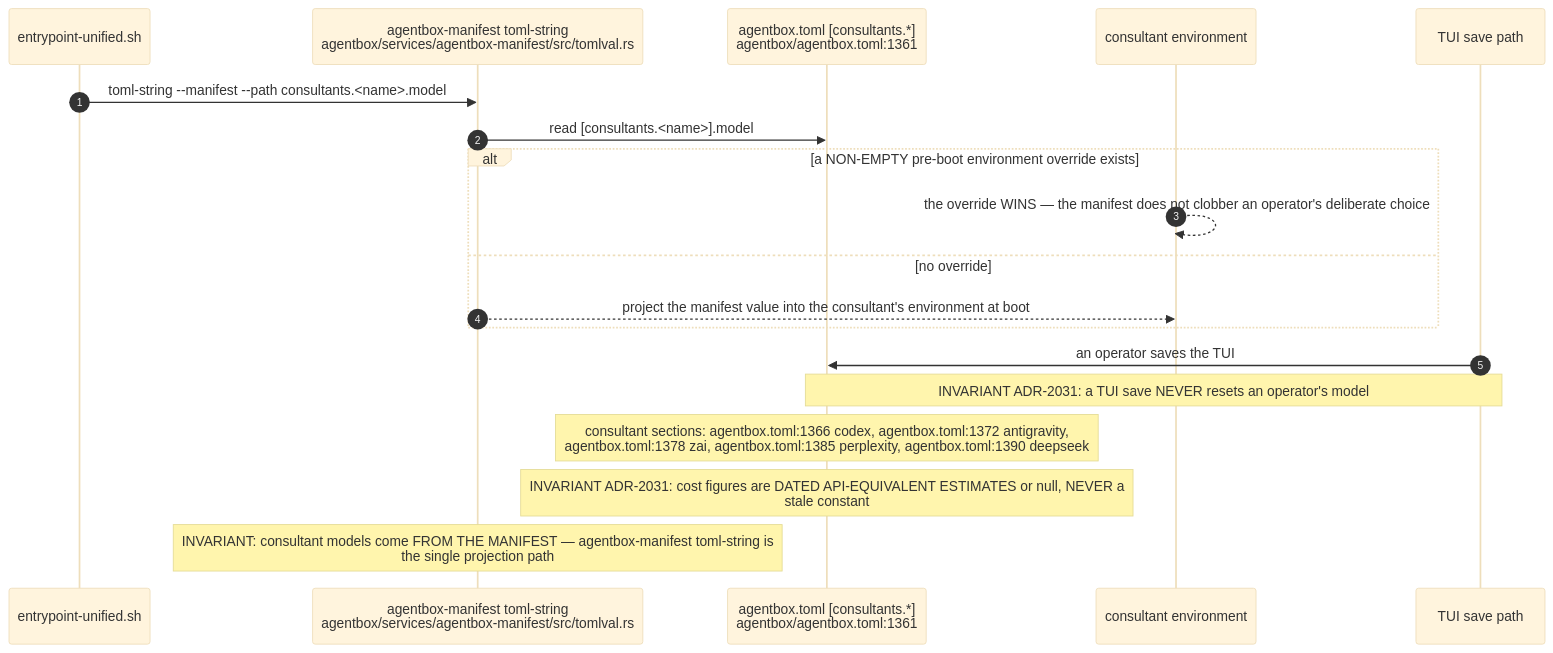
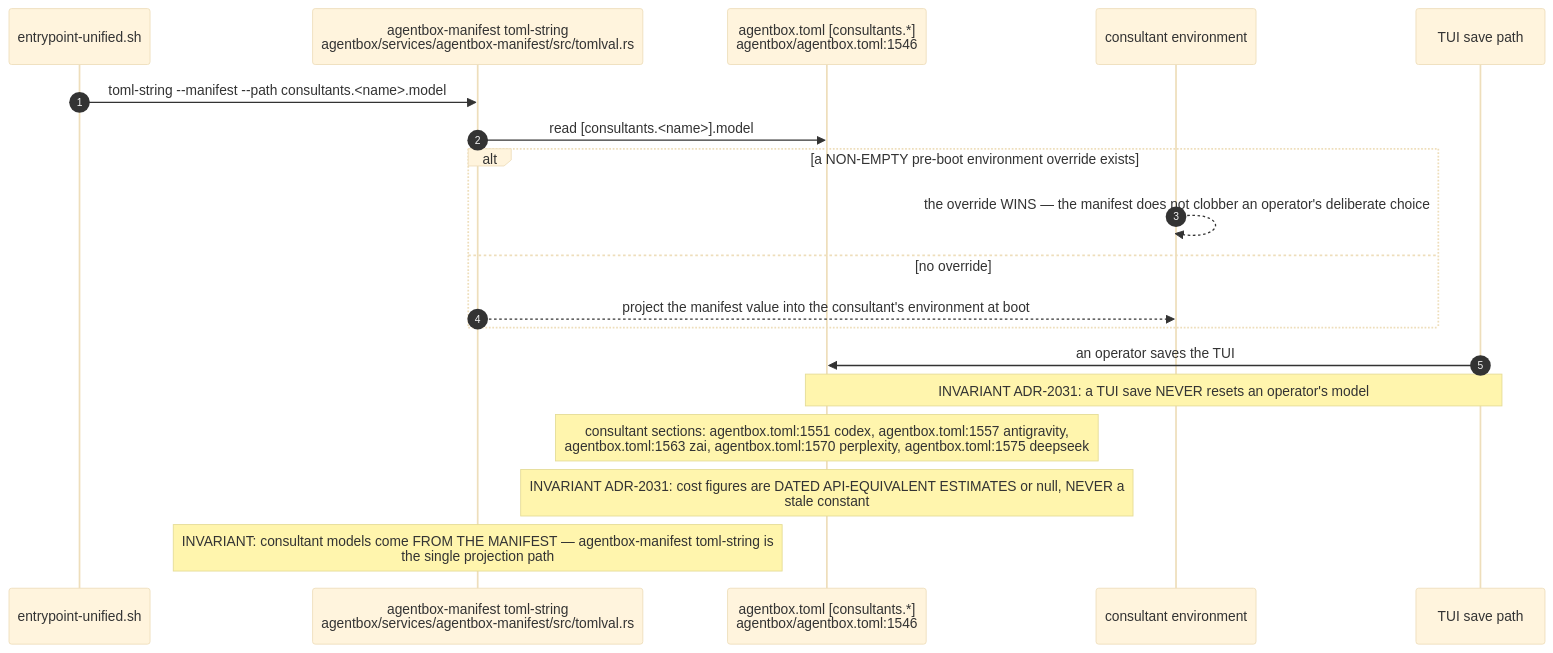
Before and after one commit to DreamLab-AI/VisionFlow: the third of 10 diagrams in docs/diagrams/agentbox/28-agentbox-services-and-manifest-binary.md, drawn with Mermaid (base theme). The commit also changed other lines of this file and 80 other files, not shown here.

First line of the commit message:
docs(diagrams): re-verify the agentbox, dreamlab, estate and visionflow corpus against current sources

````diff
--- a/docs/diagrams/agentbox/28-agentbox-services-and-manifest-binary.md
+++ b/docs/diagrams/agentbox/28-agentbox-services-and-manifest-binary.md
@@ -172,22 +180,22 @@
 ```mermaid
 sequenceDiagram
     autonumber
     participant EP as entrypoint-unified.sh
     participant BIN as agentbox-manifest toml-string<br/>agentbox/services/agentbox-manifest/src/tomlval.rs
-    participant TOML as agentbox.toml [consultants.*]<br/>agentbox/agentbox.toml:1361
+    participant TOML as agentbox.toml [consultants.*]<br/>agentbox/agentbox.toml:1546
     participant ENV as consultant environment
     participant TUI as TUI save path
 
     EP->>BIN: toml-string --manifest --path consultants.<name>.model
     BIN->>TOML: read [consultants.<name>].model
     alt a NON-EMPTY pre-boot environment override exists
         ENV-->>ENV: the override WINS — the manifest does not clobber an operator's deliberate choice
     else no override
         BIN-->>ENV: project the manifest value into the consultant's environment at boot
     end
     TUI->>TOML: an operator saves the TUI
     Note over TUI,TOML: INVARIANT ADR-2031: a TUI save NEVER resets an operator's model
-    Note over TOML: consultant sections: agentbox.toml:1366 codex, agentbox.toml:1372 antigravity,<br/>agentbox.toml:1378 zai, agentbox.toml:1385 perplexity, agentbox.toml:1390 deepseek
+    Note over TOML: consultant sections: agentbox.toml:1551 codex, agentbox.toml:1557 antigravity,<br/>agentbox.toml:1563 zai, agentbox.toml:1570 perplexity, agentbox.toml:1575 deepseek
     Note over TOML: INVARIANT ADR-2031: cost figures are DATED API-EQUIVALENT ESTIMATES or null, NEVER a<br/>stale constant
     Note over BIN: INVARIANT: consultant models come FROM THE MANIFEST — agentbox-manifest toml-string is<br/>the single projection path
 ```
````
